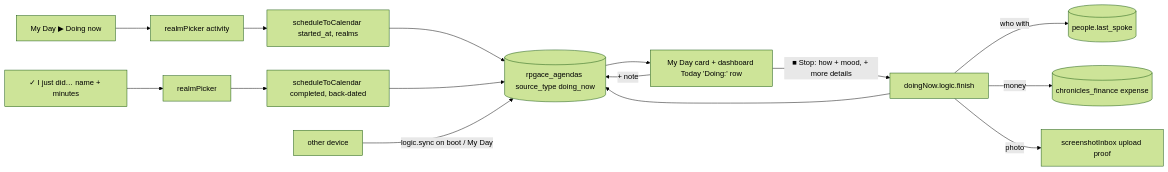
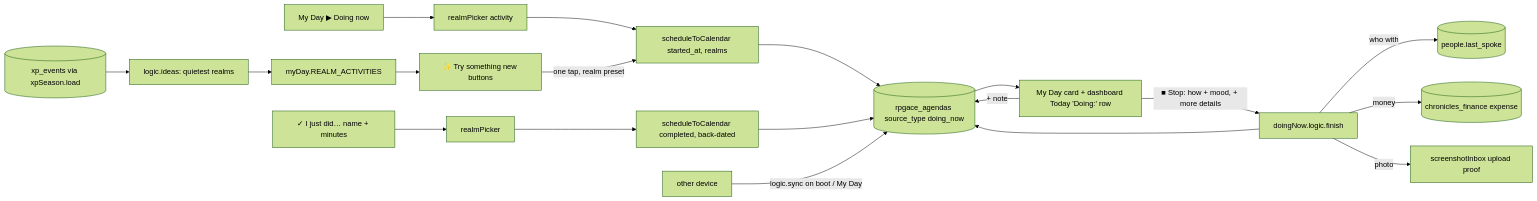
Diagram 23 of 26 in system_flow_map.md (acesanyabeats-web/RPGACE), drawn with Mermaid (forest theme) before and after one commit. The commit also changed other lines of this file and 6 other files, not shown here.

First line of the commit message:
Doing Now DN-1b: Try something new ideas from quiet realms

````diff
--- a/system_flow_map.md
+++ b/system_flow_map.md
@@ -813,12 +813,13 @@
 ```mermaid
 flowchart LR
   BTN[My Day ▶ Doing now] --> RP[realmPicker activity] --> STC[scheduleToCalendar started_at, realms] --> AG[(rpgace_agendas source_type doing_now)]
   JD[✓ I just did… name + minutes] --> RP2[realmPicker] --> STC2[scheduleToCalendar completed, back-dated] --> AG
   AG --> CARD[My Day card + dashboard Today 'Doing:' row]
   CARD -->|+ note| AG
   CARD -->|■ Stop: how + mood, + more details| FIN[doingNow.logic.finish] --> AG
   FIN -->|who with| PE[(people.last_spoke)]
   FIN -->|money| CF[(chronicles_finance expense)]
   FIN -->|photo| SI[screenshotInbox upload proof]
   OTHER[other device] -->|logic.sync on boot / My Day| AG
+  XE[(xp_events via xpSeason.load)] --> ID[logic.ideas: quietest realms] --> RA[myDay.REALM_ACTIVITIES] --> IB[✨ Try something new buttons] -->|one tap, realm preset| STC
 ```
````
